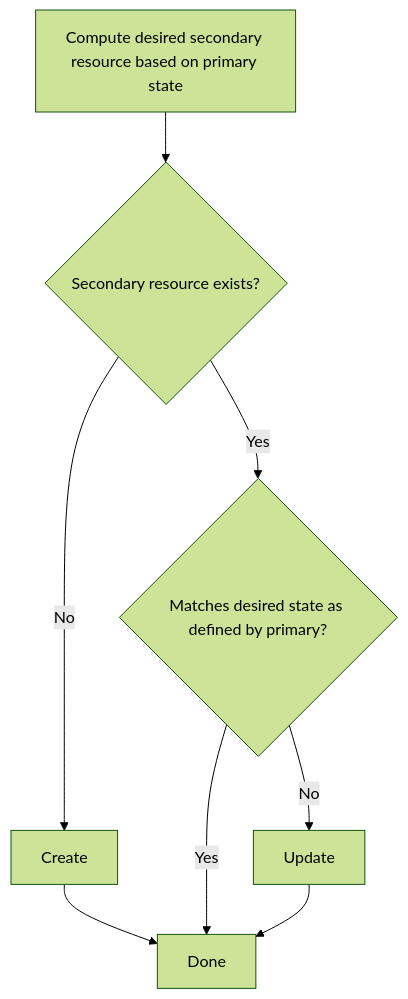
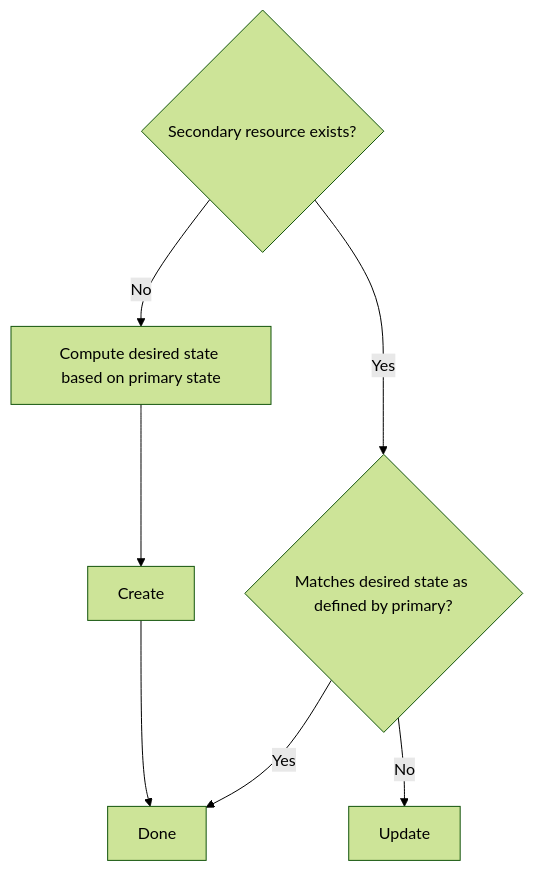
The diagram in docs/documentation/dependent-resources.md (operator-framework/java-operator-sdk), drawn with Mermaid (forest theme) before and after one commit. The commit also changed other lines of this file, not shown here.

Commit message:
fix: mermaid integration

````diff
--- a/docs/documentation/dependent-resources.md
+++ b/docs/documentation/dependent-resources.md
@@ -26,13 +27,13 @@
-```mermaid
+<div class="mermaid" markdown="0"> 
 flowchart TD
 
-compute[Compute desired secondary resource based on primary state] --> A
 A{Secondary resource exists?}
 A -- Yes --> match
-A -- No --> Create --> Done
+A -- No --> compute
 
+compute[Compute desired state based on primary state] --> Create --> Done
 match{Matches desired state as defined by primary?}
 match -- Yes --> Done
-match -- No --> Update --> Done
+match -- No --> Update
 
-```
+</div>
````
